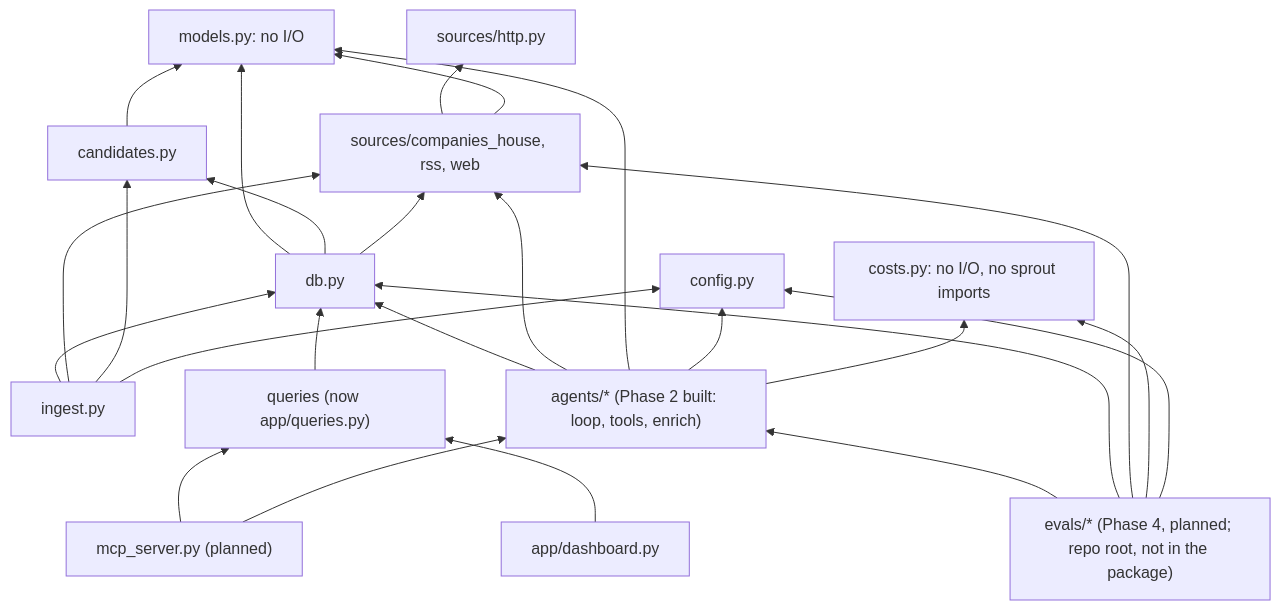
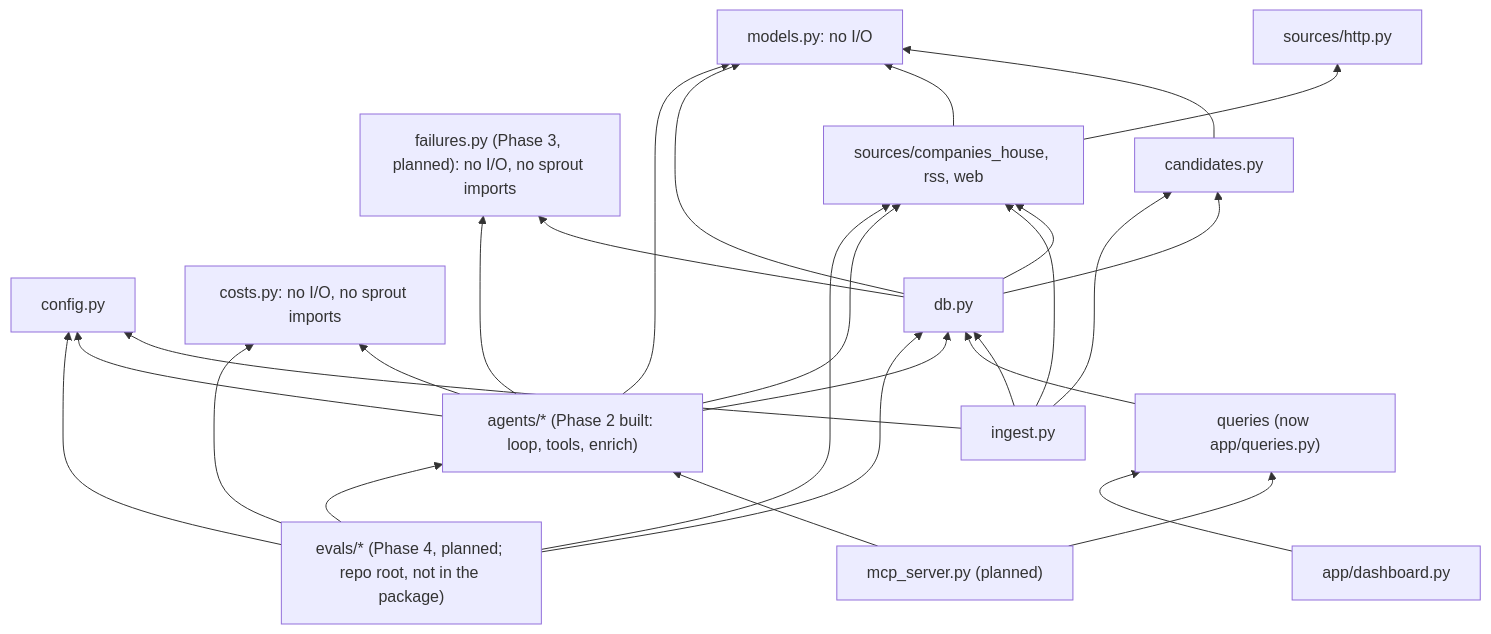
Before and after one commit to Farzaanee/sprout: diagram 11 of 14 in docs/architecture.md, drawn with Mermaid. The commit also changed other lines of this file and 1 other file, not shown here.

Commit message:
update architecture.md for phase 3 - Observability

````diff
--- a/docs/architecture.md
+++ b/docs/architecture.md
@@ -456,40 +495,43 @@
 ```mermaid
 flowchart BT
     models["models.py: no I/O"]
     config["config.py"]
     costs["costs.py: no I/O, no sprout imports"]
+    failures["failures.py (Phase 3, planned): no I/O, no sprout imports"]
     candidates["candidates.py"]
     http["sources/http.py"]
     sources["sources/companies_house, rss, web"]
     db["db.py"]
     ingest["ingest.py"]
     queries["queries (now app/queries.py)"]
     agents["agents/* (Phase 2 built: loop, tools, enrich)"]
     mcp["mcp_server.py (planned)"]
     dash["app/dashboard.py"]
     evals["evals/* (Phase 4, planned; repo root, not in the package)"]
     candidates --> models
     sources --> http
     sources --> models
     db --> models
     db --> candidates
     db --> sources
+    db --> failures
     ingest --> db
     ingest --> sources
     ingest --> candidates
     ingest --> config
     queries --> db
     agents --> db
     agents --> sources
     agents --> models
     agents --> config
     agents --> costs
+    agents --> failures
     mcp --> queries
     mcp --> agents
     dash --> queries
     evals --> agents
     evals --> db
     evals --> sources
     evals --> costs
     evals --> config
 ```
````
